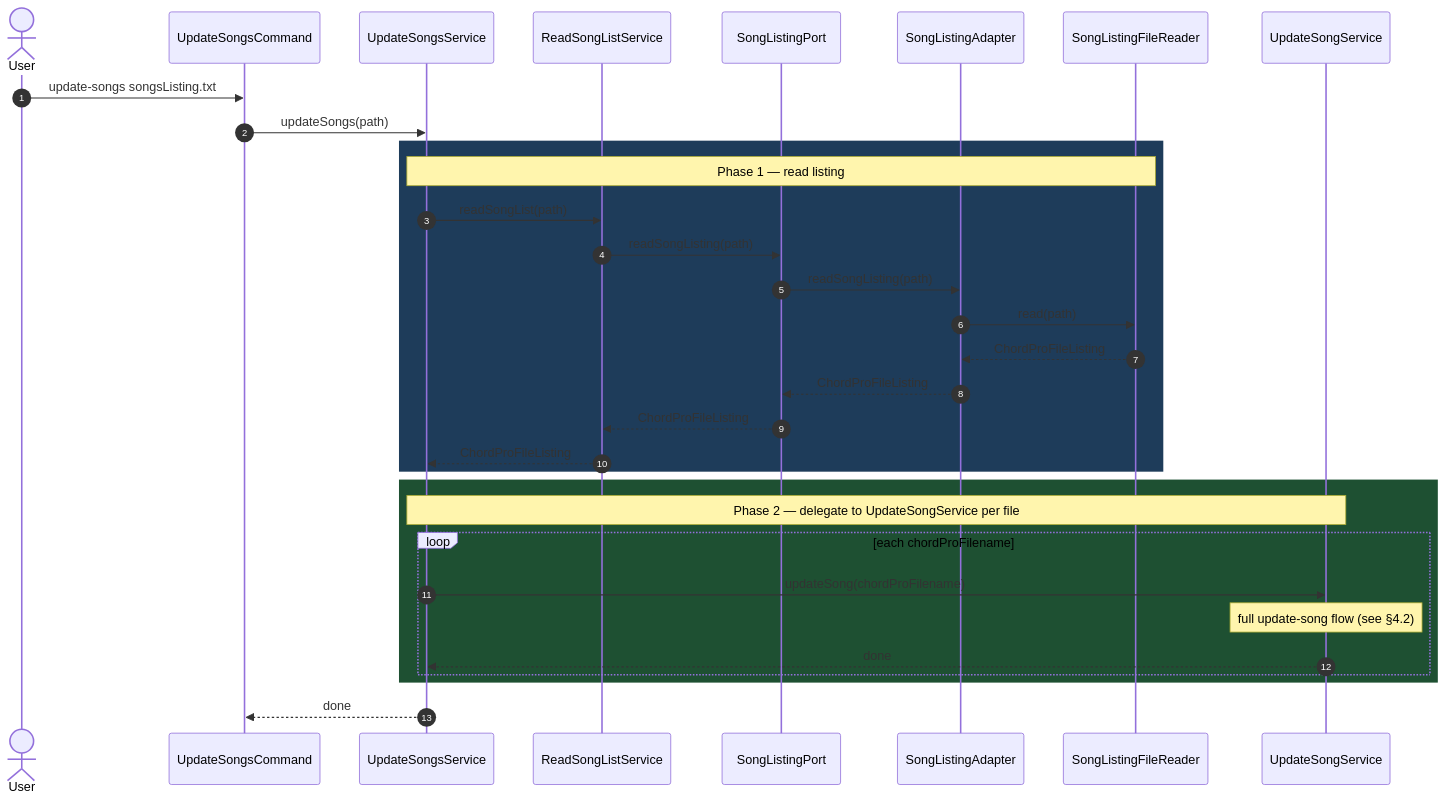
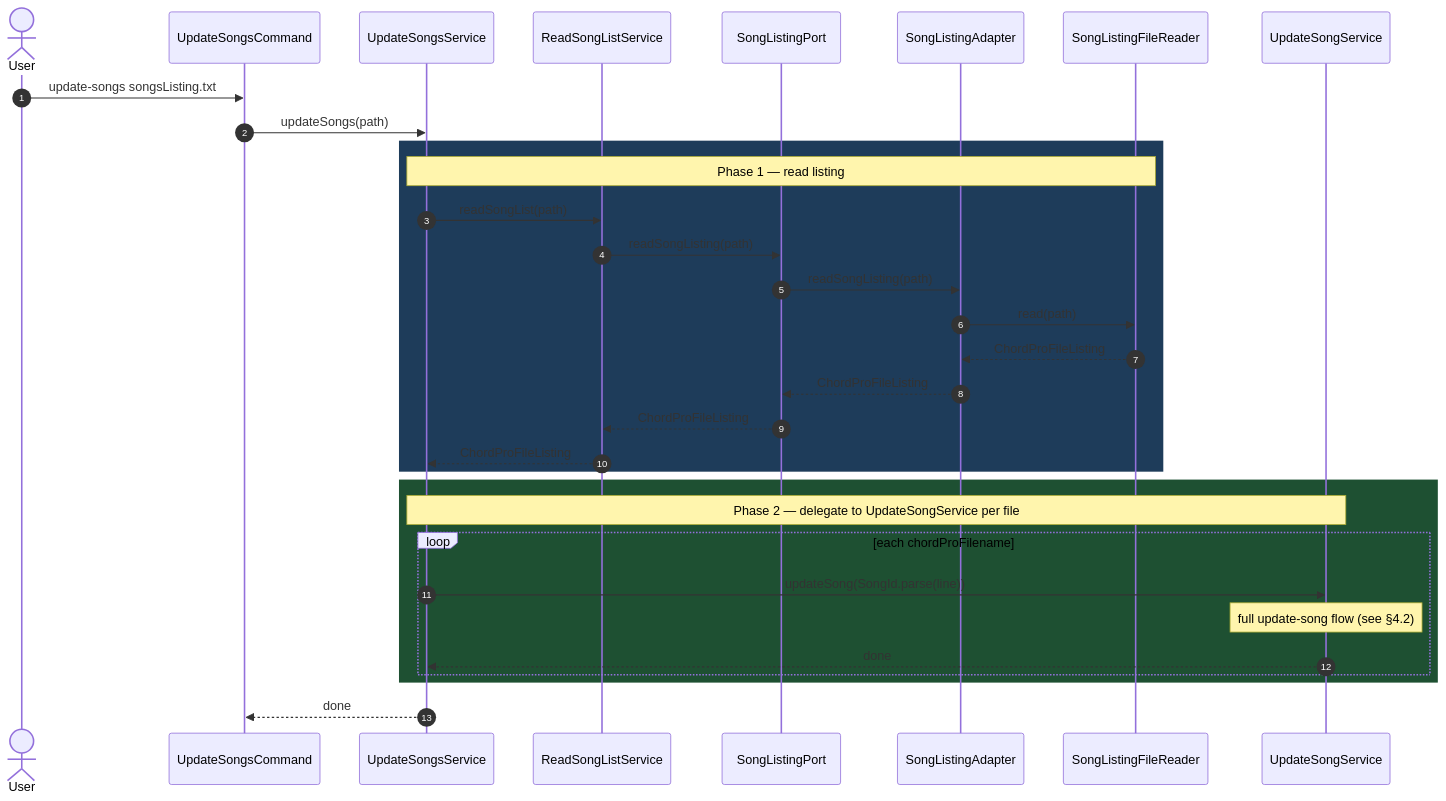
One commit to scottwdavidson/chordprotools changed the third of 4 diagrams in docs/architecture/command-reference.md. Above: the diagram before and after it, drawn with Mermaid. The commit also changed other lines of this file and 11 other files, not shown here.

````diff
--- a/docs/architecture/command-reference.md
+++ b/docs/architecture/command-reference.md
@@ -240,37 +243,37 @@
 ```mermaid
 sequenceDiagram
     autonumber
     actor User
     participant Cmd  as UpdateSongsCommand
     participant Svc  as UpdateSongsService
     participant RLS  as ReadSongListService
     participant SLP  as SongListingPort
     participant SLA  as SongListingAdapter
     participant SLFR as SongListingFileReader
     participant USS  as UpdateSongService
 
     User ->> Cmd : update-songs songsListing.txt
     Cmd  ->> Svc : updateSongs(path)
 
     rect rgb(30,60,90)
         Note over Svc,SLFR: Phase 1 — read listing
         Svc  ->> RLS  : readSongList(path)
         RLS  ->> SLP  : readSongListing(path)
         SLP  ->> SLA  : readSongListing(path)
         SLA  ->> SLFR : read(path)
         SLFR -->> SLA : ChordProFileListing
         SLA  -->> SLP : ChordProFileListing
         SLP  -->> RLS : ChordProFileListing
         RLS  -->> Svc : ChordProFileListing
     end
 
     rect rgb(30,80,50)
         Note over Svc,USS: Phase 2 — delegate to UpdateSongService per file
         loop each chordProFilename
-            Svc ->> USS : updateSong(chordProFilename)
+            Svc ->> USS : updateSong(SongId.parse(line))
             Note over USS: full update-song flow (see §4.2)
             USS -->> Svc: done
         end
     end
     Svc -->> Cmd : done
 ```
````
